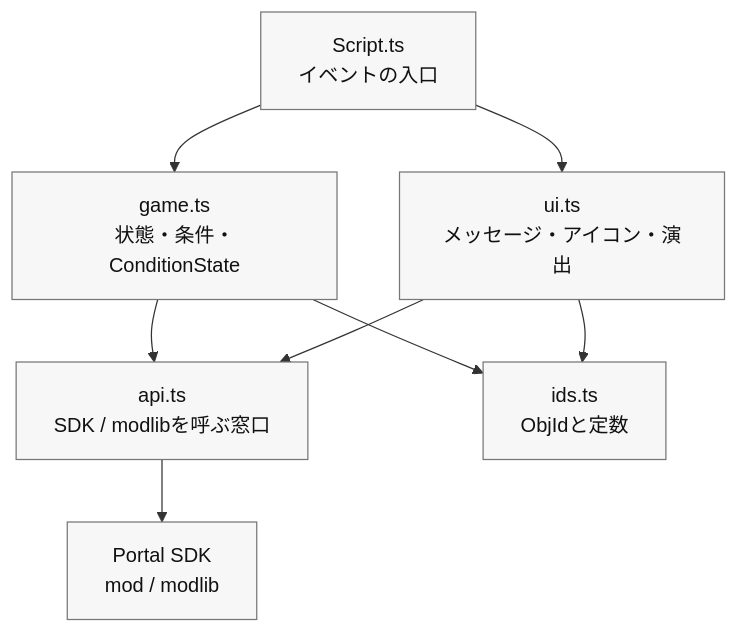
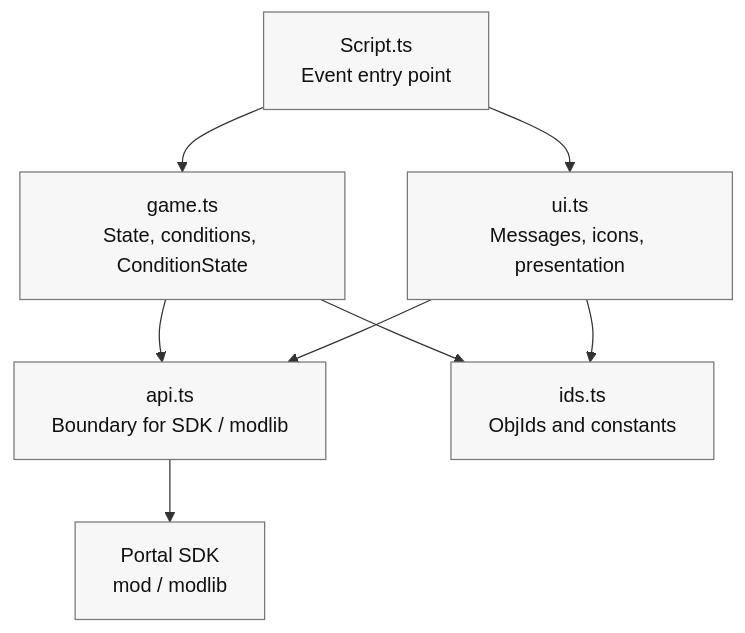
Before and after one commit to link1345/bf-portal-book: the diagram in content/locales/en/chapters/7b-program-layout.md, drawn with Mermaid. The commit also changed other lines of this file and 2 other files, not shown here.

````diff
--- a/content/locales/en/chapters/7b-program-layout.md
+++ b/content/locales/en/chapters/7b-program-layout.md
@@ -130,20 +131,20 @@
 ```mermaid
 flowchart TD
-  script["Script.ts<br/>イベントの入口"]
-  game["game.ts<br/>状態・条件・ConditionState"]
-  ui["ui.ts<br/>メッセージ・アイコン・演出"]
-  api["api.ts<br/>SDK / modlibを呼ぶ窓口"]
-  ids["ids.ts<br/>ObjIdと定数"]
+  script["Script.ts<br/>Event entry point"]
+  game["game.ts<br/>State, conditions, ConditionState"]
+  ui["ui.ts<br/>Messages, icons, presentation"]
+  api["api.ts<br/>Boundary for SDK / modlib"]
+  ids["ids.ts<br/>ObjIds and constants"]
   sdk["Portal SDK<br/>mod / modlib"]
 
   script --> game
   script --> ui
   game --> ids
   game --> api
   ui --> ids
   ui --> api
   api --> sdk
 
   classDef base fill:#f7f7f7,stroke:#777,color:#111
   class script,game,ui,api,ids,sdk base
 ```
````
